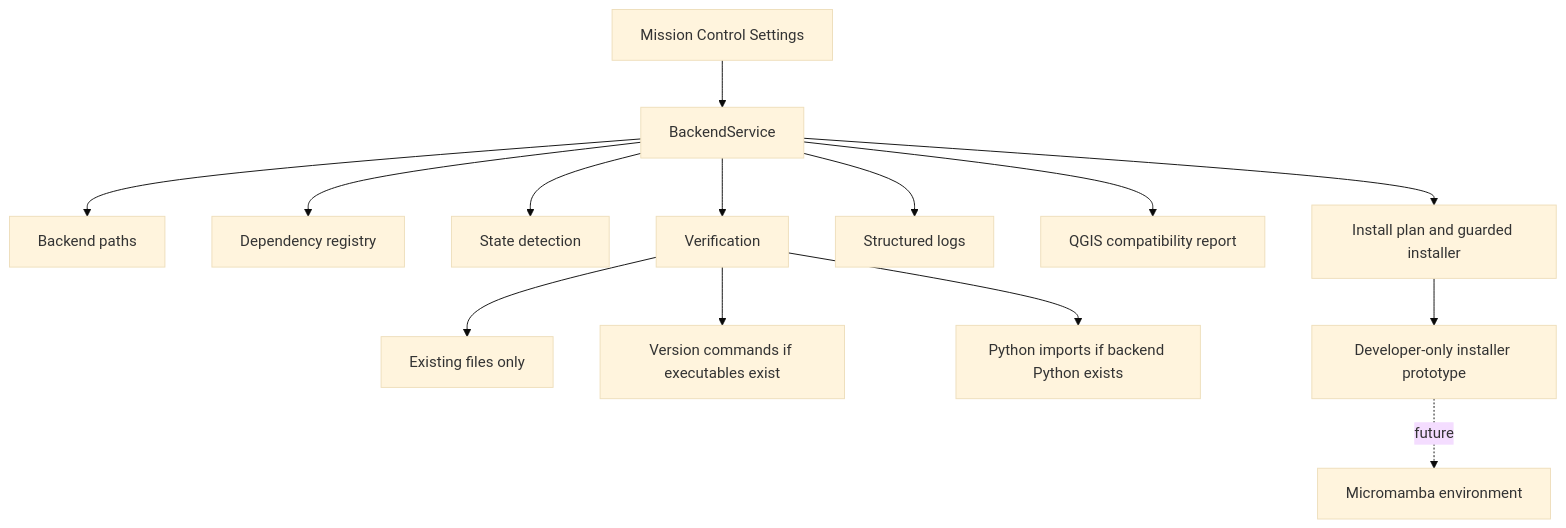
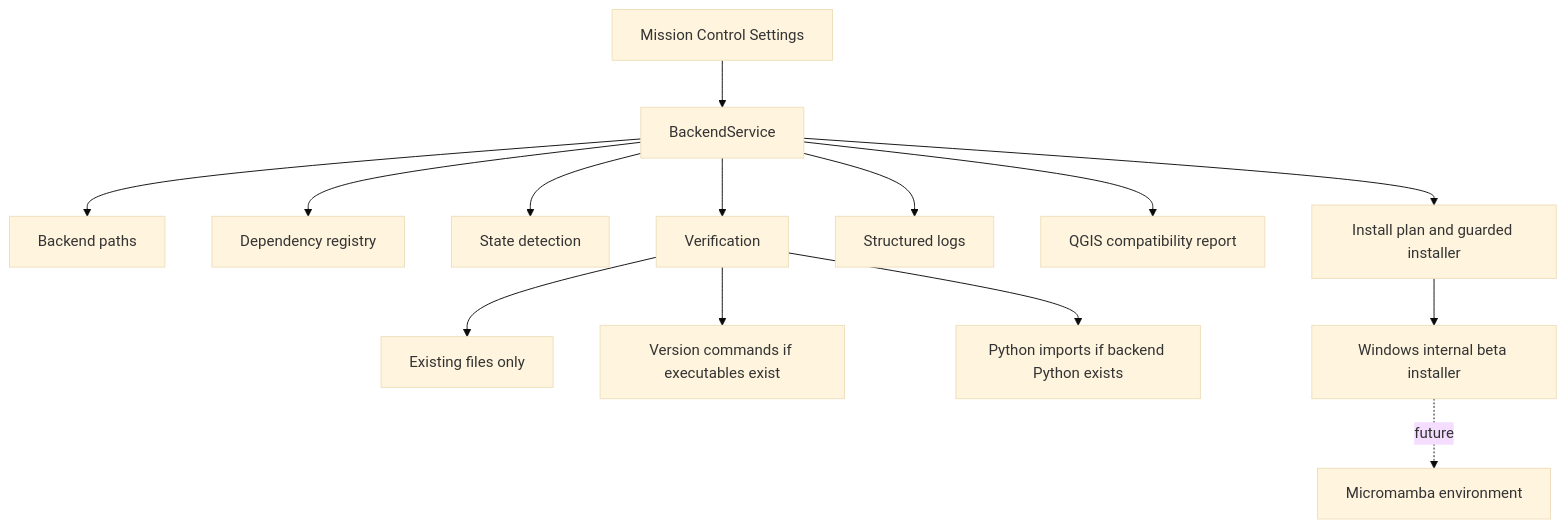
The diagram in docs/backend/PBM_ARCHITECTURE.md (sticholas/pyforestscan-qgis), drawn with Mermaid (base theme) before and after one commit. The commit also changed other lines of this file and 35 other files, not shown here.

Commit message:
Phase 23C: Enable PBM backend install for internal beta

````diff
--- a/docs/backend/PBM_ARCHITECTURE.md
+++ b/docs/backend/PBM_ARCHITECTURE.md
@@ -25,16 +25,16 @@
 ```mermaid
 flowchart TD
     A["Mission Control Settings"] --> B["BackendService"]
     B --> C["Backend paths"]
     B --> D["Dependency registry"]
     B --> E["State detection"]
     B --> F["Verification"]
     B --> G["Structured logs"]
     B --> M["QGIS compatibility report"]
     B --> N["Install plan and guarded installer"]
     F --> H["Existing files only"]
     F --> I["Version commands if executables exist"]
     F --> J["Python imports if backend Python exists"]
-    N --> K["Developer-only installer prototype"]
+    N --> K["Windows internal beta installer"]
     K -."future".-> L["Micromamba environment"]
 ```
````
